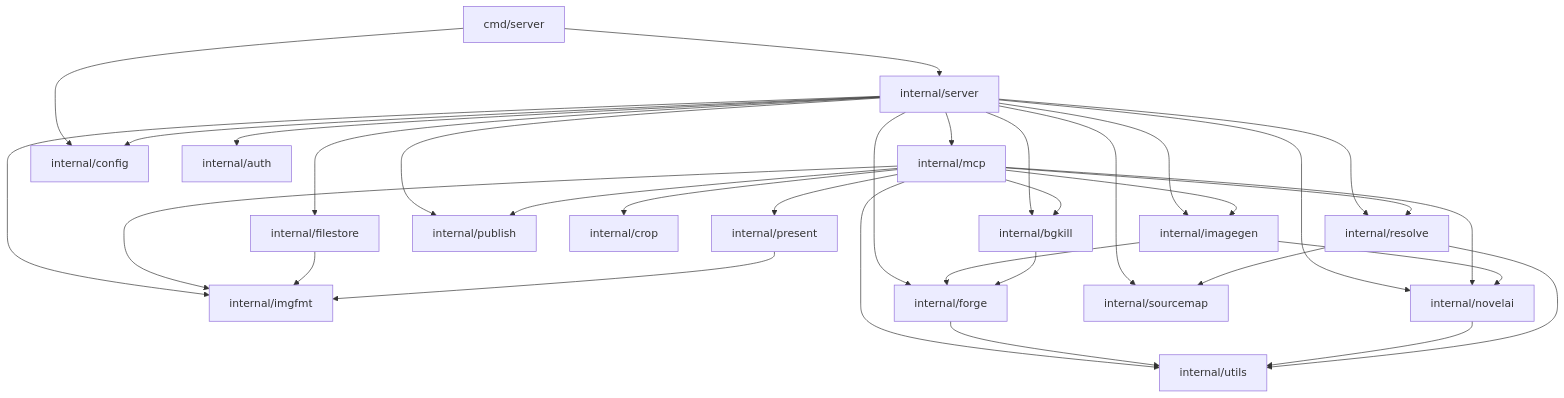
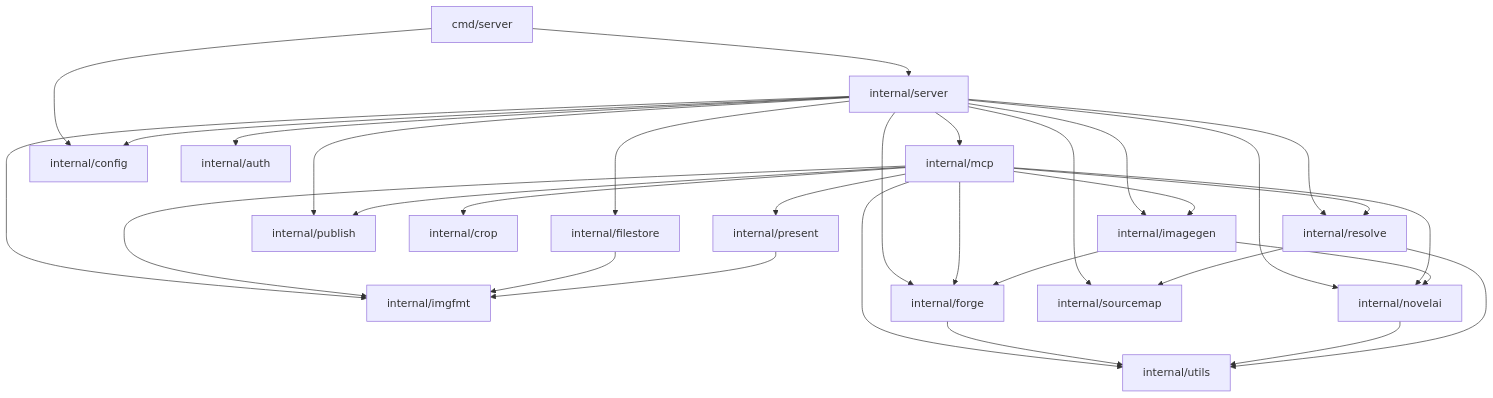
One commit to wishmatic/neo-mcp changed the diagram in AGENTS.md. Above: the diagram before and after it, drawn with Mermaid. The commit also changed 11 other files, not shown here.

Commit message:
Remove bgkill wrapper package in favor of forge client

````diff
--- a/AGENTS.md
+++ b/AGENTS.md
@@ -75,57 +75,54 @@
 ```mermaid
 flowchart TD
     cmd["cmd/server"]
     server["internal/server"]
     mcp["internal/mcp"]
     imagegen["internal/imagegen"]
-    bgkill["internal/bgkill"]
     present["internal/present"]
     publish["internal/publish"]
     crop["internal/crop"]
     imgfmt["internal/imgfmt"]
     forge["internal/forge"]
     novelai["internal/novelai"]
     sourcemap["internal/sourcemap"]
     resolve["internal/resolve"]
     filestore["internal/filestore"]
     config["internal/config"]
     auth["internal/auth"]
     utils["internal/utils"]
 
     cmd --> server
     cmd --> config
 
     server --> mcp
     server --> imagegen
-    server --> bgkill
     server --> publish
     server --> auth
     server --> config
     server --> forge
     server --> novelai
     server --> resolve
     server --> filestore
     server --> imgfmt
     server --> sourcemap
 
     mcp --> imagegen
-    mcp --> bgkill
+    mcp --> forge
     mcp --> crop
     mcp --> present
     mcp --> publish
     mcp --> imgfmt
     mcp --> novelai
     mcp --> resolve
     mcp --> utils
 
     imagegen --> forge
     imagegen --> novelai
-    bgkill --> forge
     filestore --> imgfmt
     present --> imgfmt
 
     forge --> utils
     novelai --> utils
     resolve --> sourcemap
     resolve --> utils
 ```
````
